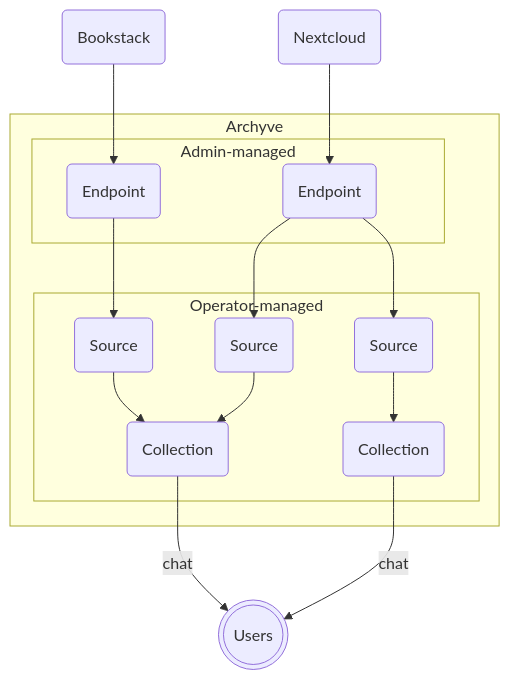
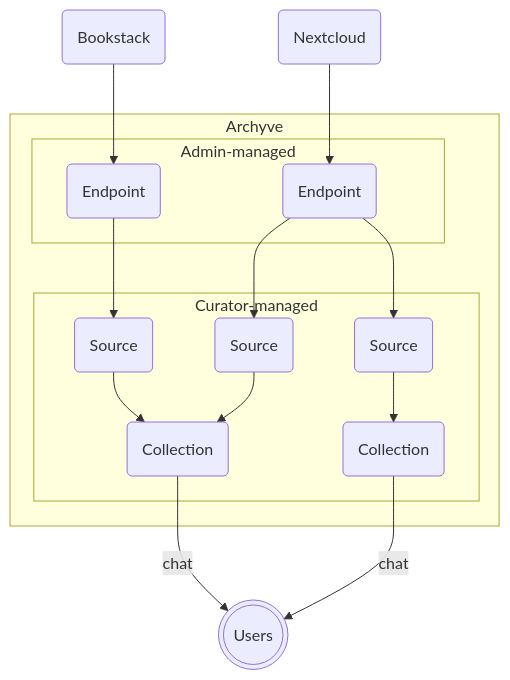
The diagram in help/processing.md (nickthecook/archyve), drawn with Mermaid before and after one commit. The commit also changed other lines of this file and 79 other files, not shown here.

Commit message:
rename Operator to Curator

````diff
--- a/help/processing.md
+++ b/help/processing.md
@@ -23,37 +23,37 @@
 ```mermaid
 flowchart
   bookstack(Bookstack)
   nextcloud(Nextcloud)
 
   subgraph one [Archyve]
     subgraph two [Admin-managed]
         e1(Endpoint)
         e2(Endpoint)
     end
 
-    subgraph three [Operator-managed]
+    subgraph three [Curator-managed]
         s1(Source)
         s2(Source)
         s3(Source)
 
         c1(Collection)
         c2(Collection)
     end
 
     e1 --> s1
     e2 --> s2
     e2 --> s3
 
     s1 --> c1
     s2 --> c1
     s3 --> c2
   end
 
 users(((Users)))
 
 bookstack --> e1
 nextcloud --> e2
 
 c1 -->|chat| users
 c2 -->|chat| users
 ```
````
